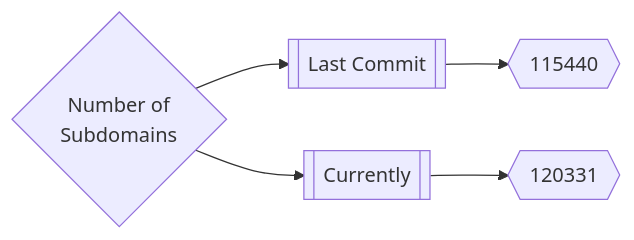
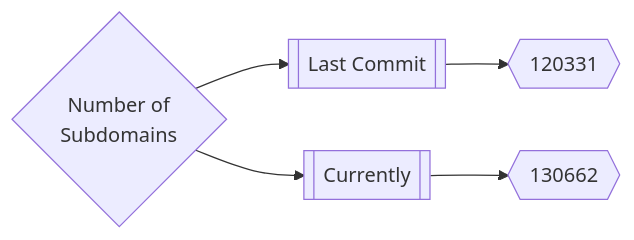
One commit to trickest/inventory changed the first of 3 diagrams in README.md. Above: the diagram before and after it, drawn with Mermaid. The commit also changed other lines of this file, not shown here.

Commit message:
Update Tue Mar  8 23:27:32 UTC 2022

````diff
--- a/README.md
+++ b/README.md
@@ -165,5 +165,5 @@
 ```mermaid
 graph LR
-title{Number of<br>Subdomains} --> subdomainsDate1[[Last Commit]] --> subdomainsNum1{{115440}}
-title --> subdomainsDate2[[Currently]] --> subdomainsNum2{{120331}}
+title{Number of<br>Subdomains} --> subdomainsDate1[[Last Commit]] --> subdomainsNum1{{120331}}
+title --> subdomainsDate2[[Currently]] --> subdomainsNum2{{130662}}
 ```
````
